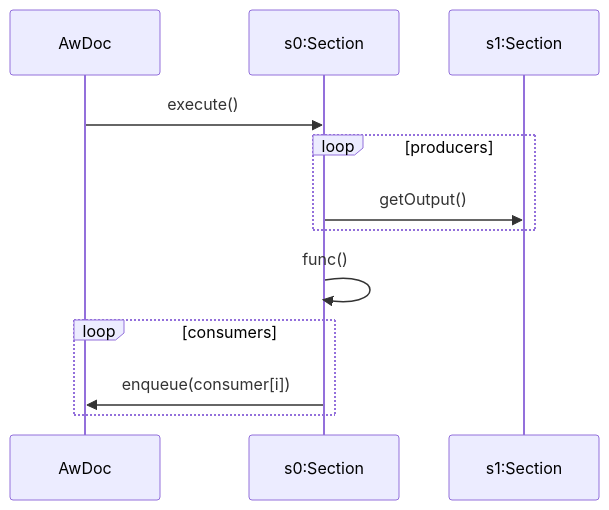
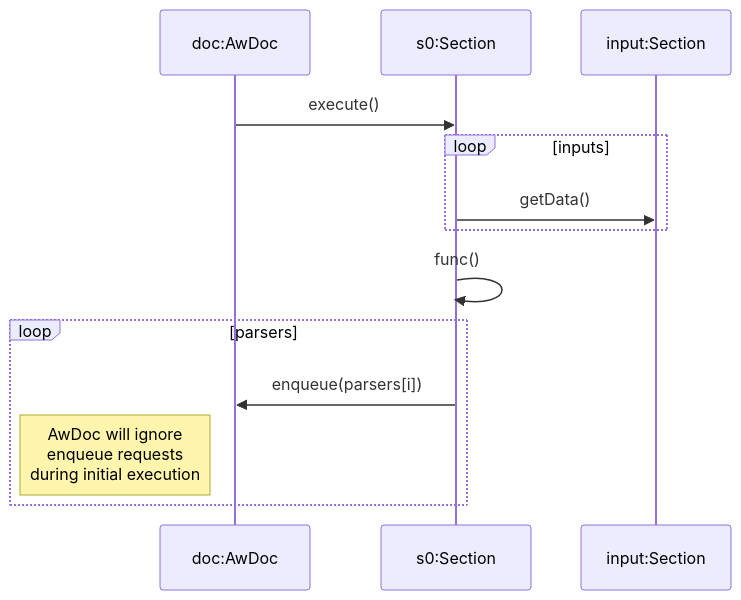
Before and after one commit to andrew-rogers/AndrewWIDE: the first of 2 diagrams in doc/section_execution.md, drawn with Mermaid. The commit also changed other lines of this file and 4 other files, not shown here.

````diff
--- a/doc/section_execution.md
+++ b/doc/section_execution.md
@@ -14,14 +9,15 @@
 ```mermaid
 sequenceDiagram
-    participant AwDoc
+    participant AwDoc as doc:AwDoc
     participant Section as s0:Section
-    participant Section1 as s1:Section
+    participant input as input:Section
     AwDoc->>Section: execute()
-    loop producers
-        Section->>Section1: getOutput()
+    loop inputs
+        Section->>input: getData()
     end
     Section->>Section: func()
-    loop consumers
-        Section->>AwDoc: enqueue(consumer[i])
+    loop parsers
+        Section->>AwDoc: enqueue(parsers[i])
+        Note left of AwDoc: AwDoc will ignore <br/> enqueue requests <br/> during initial execution
     end
 ```
````
